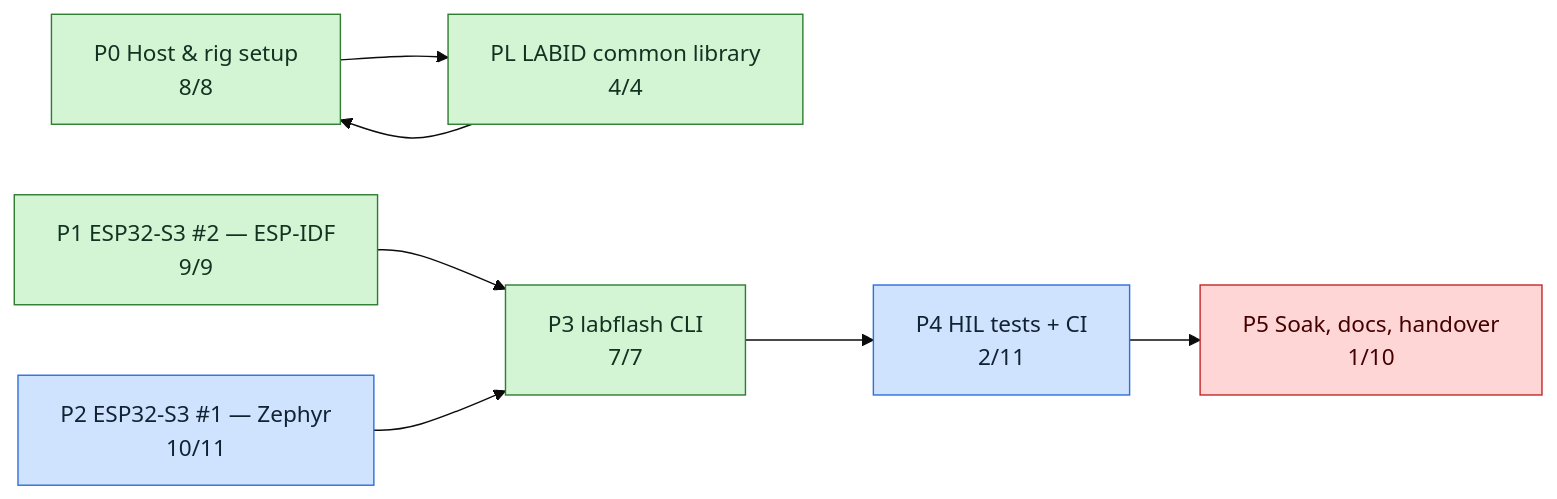
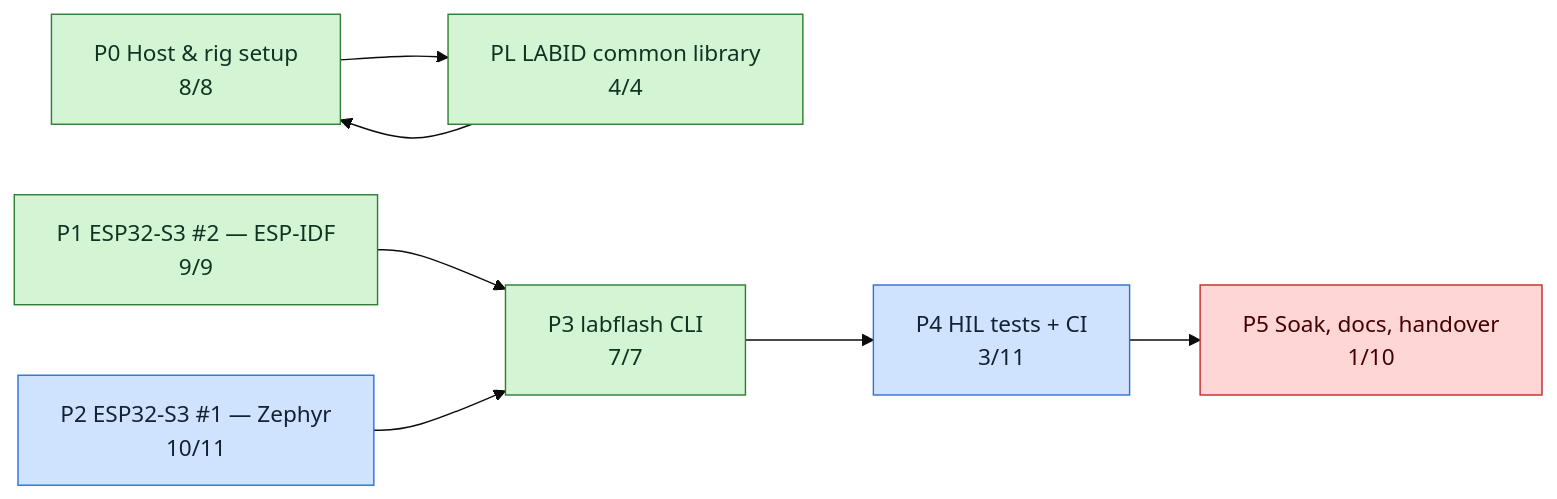
One commit to mohamed-soubhi/bootlab-esp changed the second of 3 diagrams in tickets/TICKETS.md. Above: the diagram before and after it, drawn with Mermaid (base theme). The commit also changed other lines of this file and 4 other files, not shown here.

````diff
--- a/tickets/TICKETS.md
+++ b/tickets/TICKETS.md
@@ -36,20 +36,20 @@
 ```mermaid
 flowchart LR
     E0["P0 Host & rig setup<br/>8/8"]:::done
     EL["PL LABID common library<br/>4/4"]:::done
     E1["P1 ESP32-S3 #2 — ESP-IDF<br/>9/9"]:::done
     E2["P2 ESP32-S3 #1 — Zephyr<br/>10/11"]:::doing
     E3["P3 labflash CLI<br/>7/7"]:::done
-    E4["P4 HIL tests + CI<br/>2/11"]:::doing
+    E4["P4 HIL tests + CI<br/>3/11"]:::doing
     E5["P5 Soak, docs, handover<br/>1/10"]:::blocked
     E0 --> EL
     E1 --> E3
     E2 --> E3
     E3 --> E4
     E4 --> E5
     EL --> E0
     classDef todo fill:#eeeeee,stroke:#999,color:#333
     classDef doing fill:#cfe3ff,stroke:#2f6fdb,color:#123
     classDef blocked fill:#ffd6d6,stroke:#c62828,color:#400
     classDef done fill:#d4f5d4,stroke:#2e7d32,color:#132
 ```
````
